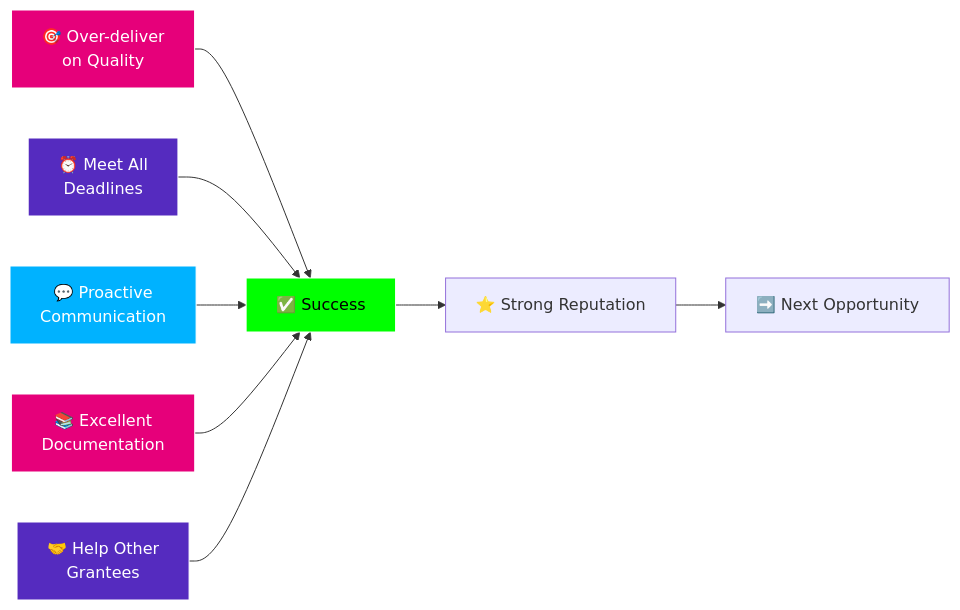
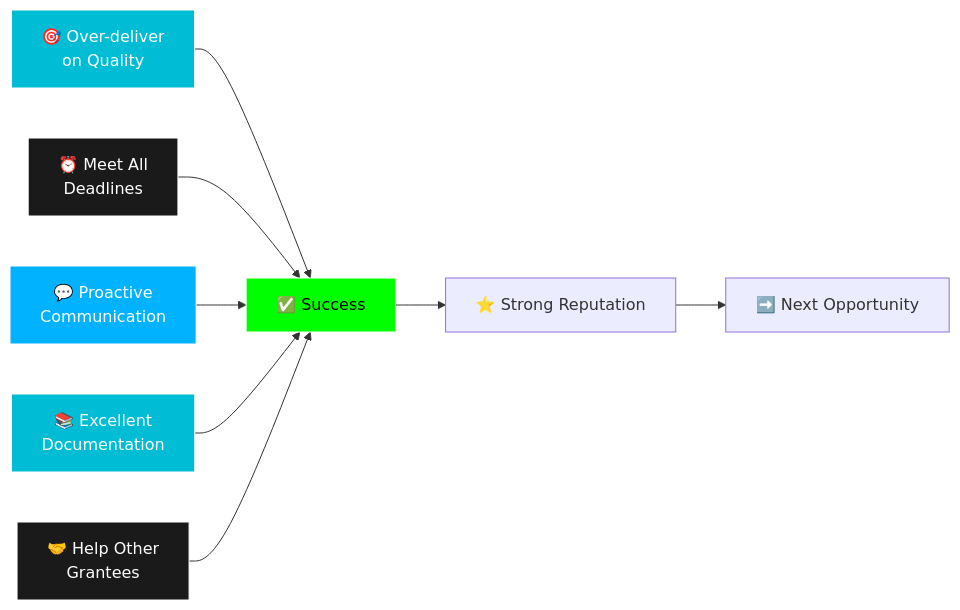
One commit to openguild-labs/polkadot-codecamp changed diagram 15 of 17 in slides/polkadot-grant-ecosystem.md. Above: the diagram before and after it, drawn with Mermaid. The commit also changed other lines of this file and 6 other files, not shown here.

````diff
--- a/slides/polkadot-grant-ecosystem.md
+++ b/slides/polkadot-grant-ecosystem.md
@@ -1955,18 +1955,18 @@
 ```mermaid
 graph LR
     QUALITY[🎯 Over-deliver<br/>on Quality] --> SUCCESS[✅ Success]
     DEADLINE[⏰ Meet All<br/>Deadlines] --> SUCCESS
     COMM[💬 Proactive<br/>Communication] --> SUCCESS
     DOCS[📚 Excellent<br/>Documentation] --> SUCCESS
     HELP[🤝 Help Other<br/>Grantees] --> SUCCESS
 
     SUCCESS --> REPUTATION[⭐ Strong Reputation]
     REPUTATION --> NEXT[➡️ Next Opportunity]
 
-    style QUALITY fill:#E6007A,stroke:#fff,color:#fff
-    style DEADLINE fill:#552BBF,stroke:#fff,color:#fff
+    style QUALITY fill:#00BCD4,stroke:#fff,color:#fff
+    style DEADLINE fill:#1a1a1a,stroke:#fff,color:#fff
     style COMM fill:#00B2FF,stroke:#fff,color:#fff
-    style DOCS fill:#E6007A,stroke:#fff,color:#fff
-    style HELP fill:#552BBF,stroke:#fff,color:#fff
+    style DOCS fill:#00BCD4,stroke:#fff,color:#fff
+    style HELP fill:#1a1a1a,stroke:#fff,color:#fff
     style SUCCESS fill:#00ff00,stroke:#fff,color:#000
 ```
````
